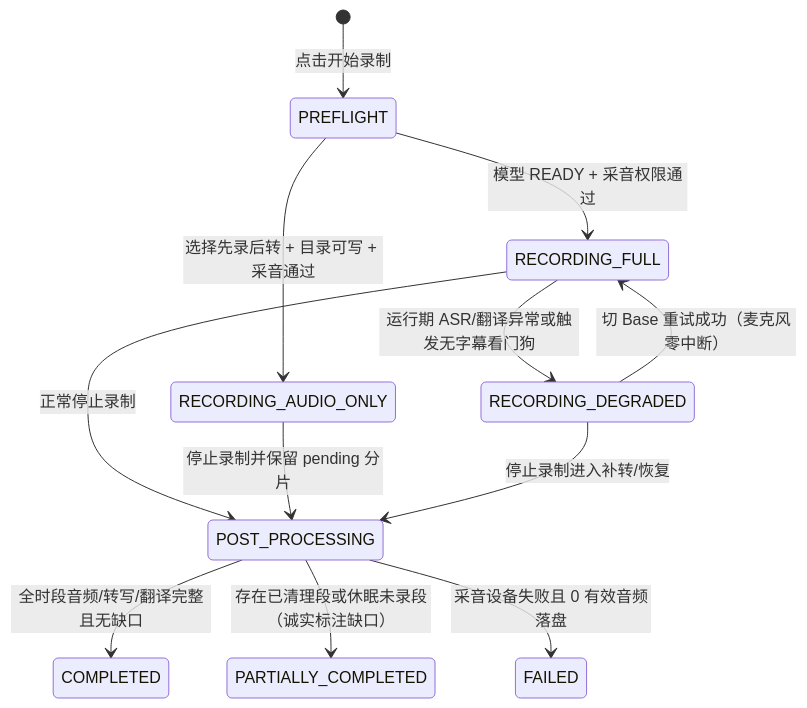
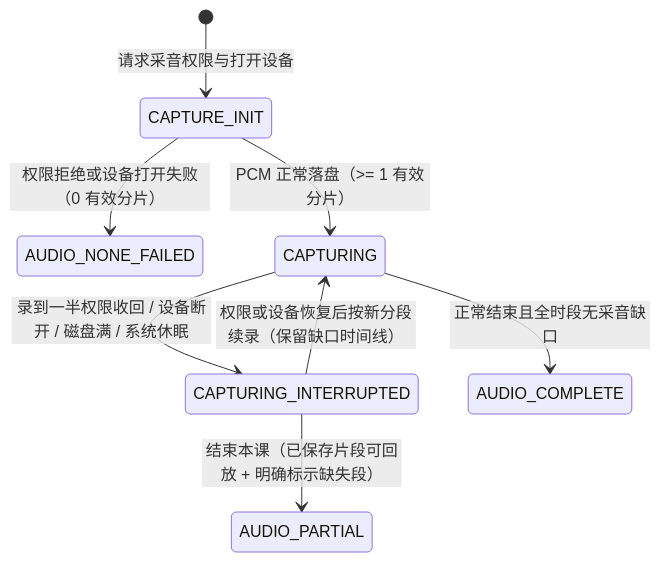
Before and after one commit to suiyisuixing/ai-product-portfolio: the second of 2 diagrams in prds/classnote-ai-prd.md, drawn with Mermaid. The commit also changed other lines of this file and 11 other files, not shown here.

````diff
--- a/prds/classnote-ai-prd.md
+++ b/prds/classnote-ai-prd.md
@@ -116,14 +119,10 @@
 ```mermaid
 stateDiagram-v2
-    [*] --> PREFLIGHT: 点击开始录制
-    PREFLIGHT --> RECORDING_FULL: 模型 READY + 采音权限通过
-    PREFLIGHT --> RECORDING_AUDIO_ONLY: 选择先录后转 + 目录可写 + 采音通过
-    RECORDING_FULL --> RECORDING_DEGRADED: 运行期 ASR/翻译异常或触发无字幕看门狗
-    RECORDING_DEGRADED --> RECORDING_FULL: 切 Base 重试成功（麦克风零中断）
-    RECORDING_FULL --> POST_PROCESSING: 正常停止录制
-    RECORDING_AUDIO_ONLY --> POST_PROCESSING: 停止录制并保留 pending 分片
-    RECORDING_DEGRADED --> POST_PROCESSING: 停止录制进入补转/恢复
-    POST_PROCESSING --> COMPLETED: 全时段音频/转写/翻译完整且无缺口
-    POST_PROCESSING --> PARTIALLY_COMPLETED: 存在已清理段或休眠未录段（诚实标注缺口）
-    POST_PROCESSING --> FAILED: 采音设备失败且 0 有效音频落盘
+    [*] --> CAPTURE_INIT: 请求采音权限与打开设备
+    CAPTURE_INIT --> AUDIO_NONE_FAILED: 权限拒绝或设备打开失败（0 有效分片）
+    CAPTURE_INIT --> CAPTURING: PCM 正常落盘（>= 1 有效分片）
+    CAPTURING --> CAPTURING_INTERRUPTED: 录到一半权限收回 / 设备断开 / 磁盘满 / 系统休眠
+    CAPTURING_INTERRUPTED --> CAPTURING: 权限或设备恢复后按新分段续录（保留缺口时间线）
+    CAPTURING_INTERRUPTED --> AUDIO_PARTIAL: 结束本课（已保存片段可回放 + 明确标示缺失段）
+    CAPTURING --> AUDIO_COMPLETE: 正常结束且全时段无采音缺口
 ```
````
